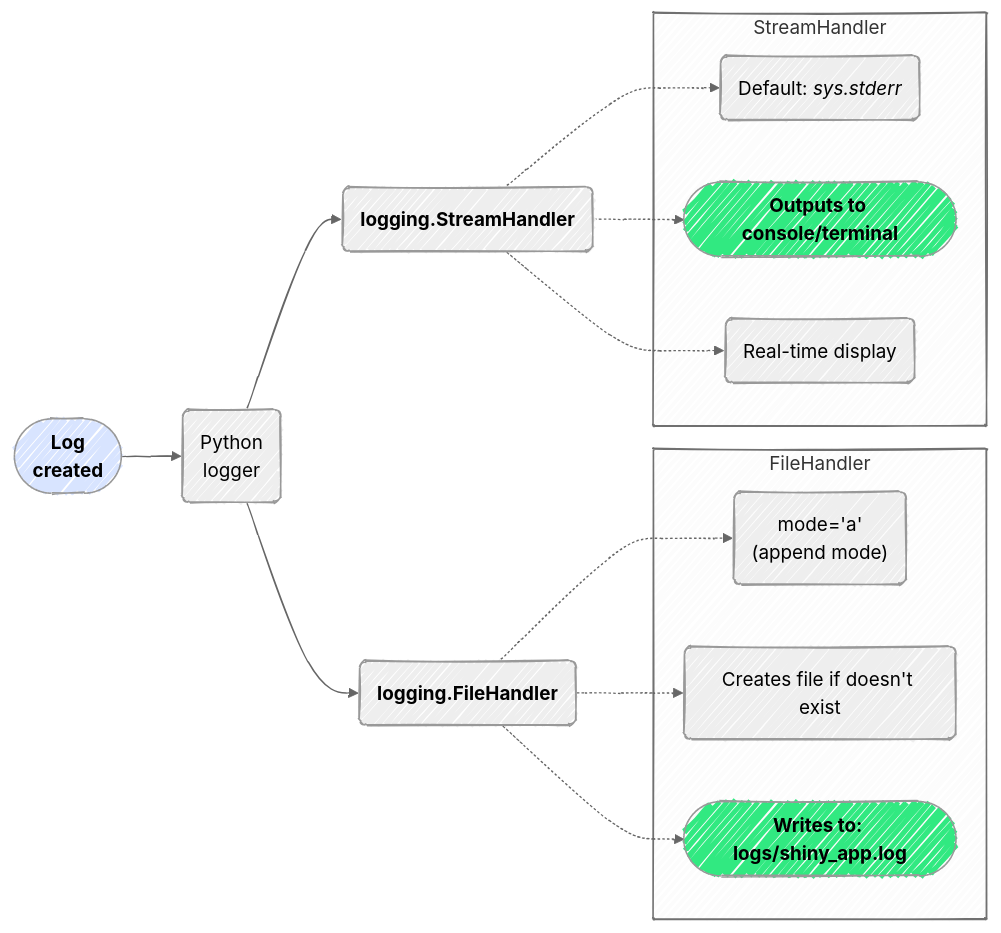
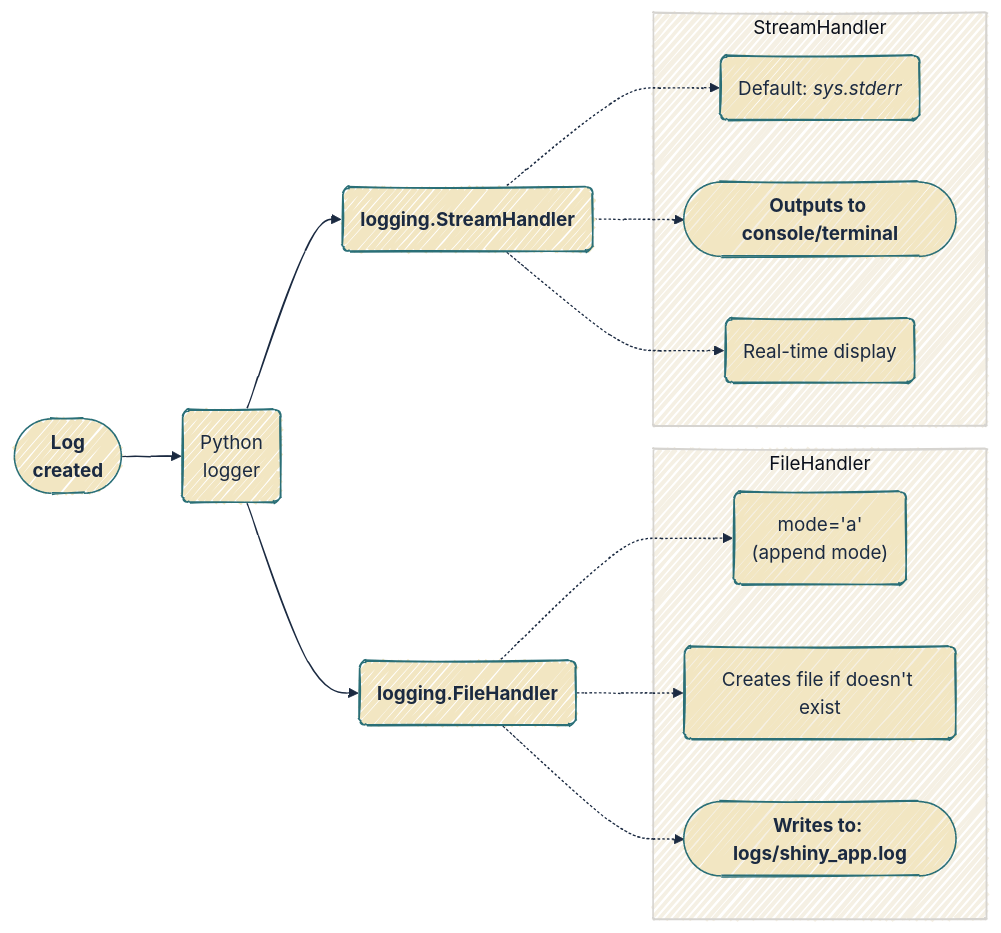
Before and after one commit to mjfrigaard/do4ds-labs: the second of 15 diagrams in app-log-py.qmd, drawn with Mermaid. The commit also changed other lines of this file and 88 other files, not shown here.

````diff
--- a/app-log-py.qmd
+++ b/app-log-py.qmd
@@ -137,32 +137,29 @@
 ```{mermaid}
 %%| fig-cap: 'Python logging'
 %%| fig-width: 7.0
 %%| fig-align: center
-%%{init: {'theme': 'neutral', 'look': 'handDrawn', 'themeVariables': { 'fontFamily': 'monospace'}}}%%
+%%{init: {'theme': 'base', 'look': 'handDrawn', 'themeVariables': { 'fontFamily': 'monospace', 'primaryColor': '#F2E6C2', 'primaryBorderColor': '#2A6F77', 'primaryTextColor': '#1B2A41', 'secondaryColor': '#d4e7e4', 'tertiaryColor': '#f5f0e4', 'lineColor': '#1B2A41', 'edgeLabelBackground': '#F2E6C2'}}}%%
 
 graph LR
     LogMessage(["<strong>Log<br>created</strong>"]) --> Logger("Python<br>logger")
     Logger --> FileHandler("<strong>logging.FileHandler</strong>")
     Logger --> ConsoleHandler("<strong>logging.StreamHandler</strong>")
     
     subgraph FH["FileHandler"]
         FH1("mode='a'<br>(append mode)")
         FH2("Creates file if doesn't exist")
         FH3(["<strong>Writes to: logs/shiny_app.log</strong>"])
     end
 
     FileHandler -.-> FH1 & FH2 & FH3
     
     subgraph SH["StreamHandler"]
         SH1("Default: <em>sys.stderr</em>")
         SH2(["<strong>Outputs to console/terminal</strong>"])
         SH3("Real-time display")
     end
 
     ConsoleHandler -.-> SH1 & SH2 & SH3
 
-	style LogMessage fill:#d8e4ff
-	style FH3 fill:#31e981
-	style SH2 fill:#31e981
     
 ```
````
